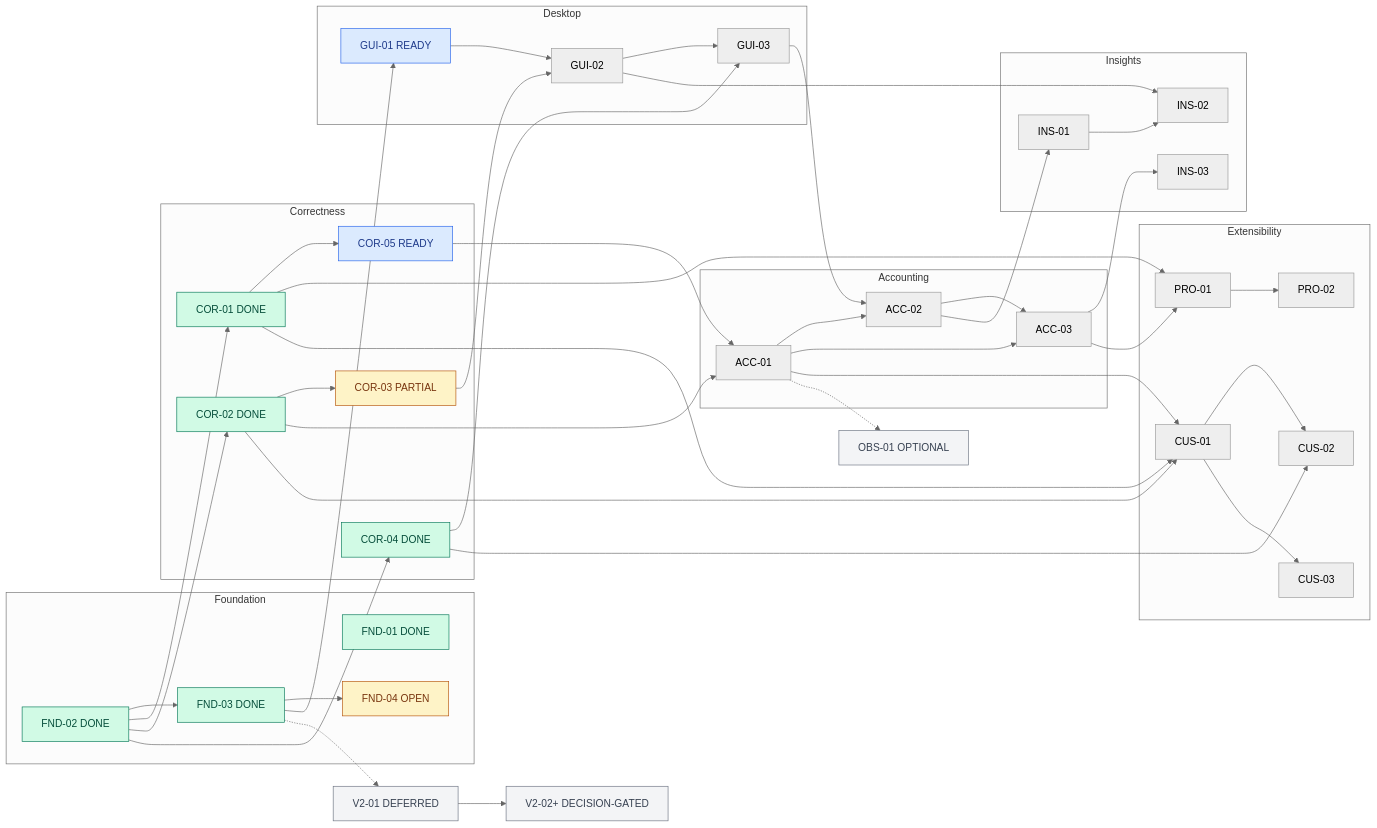
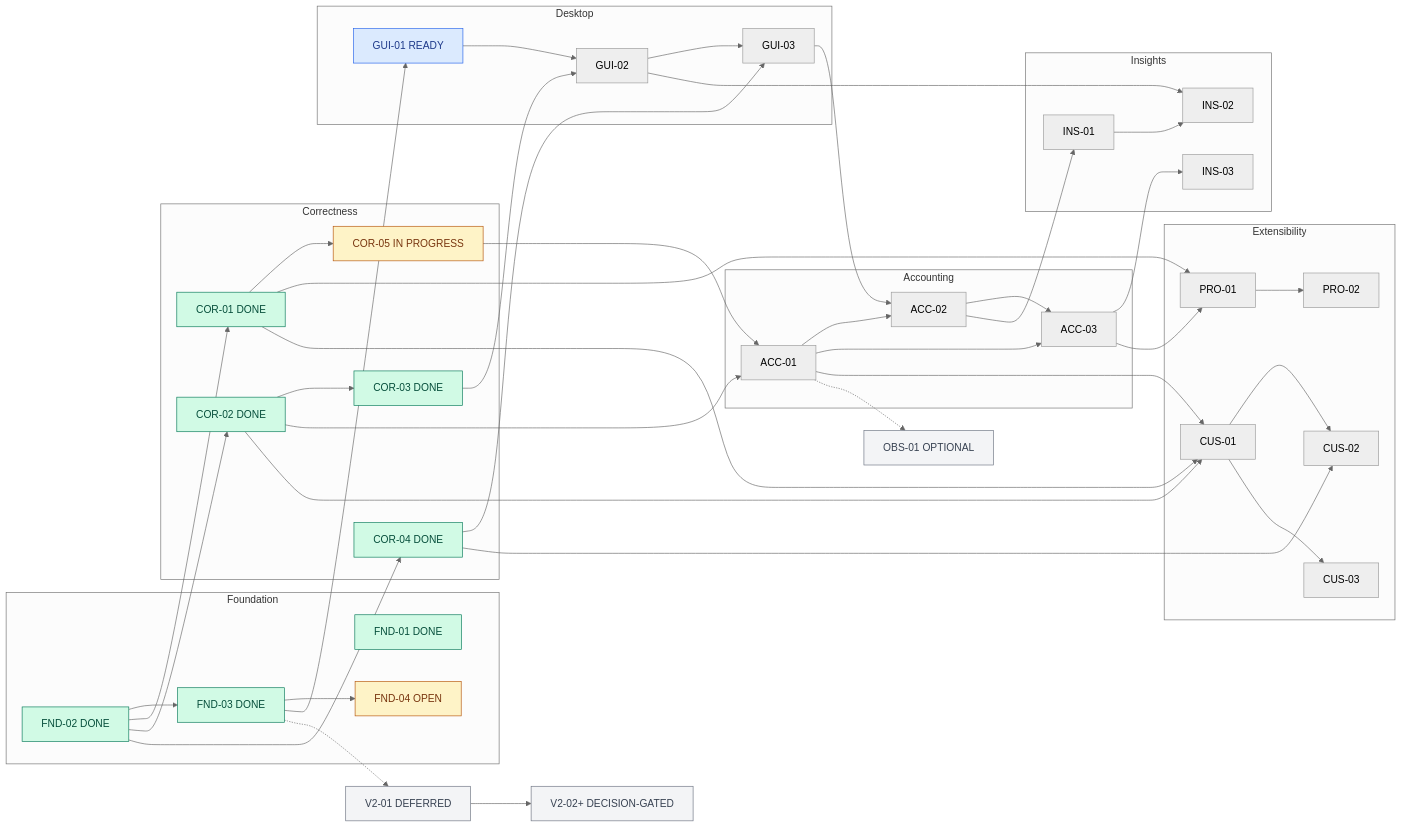
One commit to thanhndv212/opencode-quota changed the second of 2 diagrams in UPSTREAM_DELIVERY_PLAN.md. Above: the diagram before and after it, drawn with Mermaid (neutral theme). The commit also changed other lines of this file and 18 other files, not shown here.

````diff
--- a/UPSTREAM_DELIVERY_PLAN.md
+++ b/UPSTREAM_DELIVERY_PLAN.md
@@ -173,58 +174,58 @@
 ```mermaid
 flowchart LR
   subgraph Foundation
     F01["FND-01 DONE"]
     F02["FND-02 DONE"] --> F03["FND-03 DONE"]
     F03 --> F04["FND-04 OPEN"]
   end
   subgraph Correctness
     F02 --> C01["COR-01 DONE"]
     F02 --> C02["COR-02 DONE"]
-    C02 --> C03["COR-03 PARTIAL"]
+    C02 --> C03["COR-03 DONE"]
     F02 --> C04["COR-04 DONE"]
-    C01 --> C05["COR-05 READY"]
+    C01 --> C05["COR-05 IN PROGRESS"]
   end
   subgraph Desktop
     F03 --> G01["GUI-01 READY"]
     G01 --> G02["GUI-02"]
     C03 --> G02
     G02 --> G03["GUI-03"]
     C04 --> G03
   end
   subgraph Accounting
     C02 --> A01["ACC-01"]
     C05 --> A01
     A01 --> A02["ACC-02"]
     G03 --> A02
     A01 --> A03["ACC-03"]
     A02 --> A03
   end
   subgraph Insights
     A02 --> I01["INS-01"]
     I01 --> I02["INS-02"]
     G02 --> I02
     A03 --> I03["INS-03"]
   end
   subgraph Extensibility
     A03 --> P01["PRO-01"]
     C01 --> P01
     P01 --> P02["PRO-02"]
     A01 --> U01["CUS-01"]
     C01 --> U01
     C02 --> U01
     U01 --> U02["CUS-02"]
     C04 --> U02
     U01 --> U03["CUS-03"]
   end
   A01 -.-> O01["OBS-01 OPTIONAL"]
   F03 -.-> V01["V2-01 DEFERRED"]
   V01 --> V02["V2-02+ DECISION-GATED"]
   classDef done fill:#d1fae5,stroke:#047857,color:#064e3b;
   classDef active fill:#fef3c7,stroke:#b45309,color:#78350f;
   classDef ready fill:#dbeafe,stroke:#2563eb,color:#1e3a8a;
   classDef optional fill:#f3f4f6,stroke:#6b7280,color:#374151;
-  class F01,F02,F03,C01,C02,C04 done;
-  class F04,C03 active;
-  class C05,G01 ready;
+  class F01,F02,F03,C01,C02,C03,C04 done;
+  class F04,C05 active;
+  class G01 ready;
   class O01,V01,V02 optional;
 ```
````
